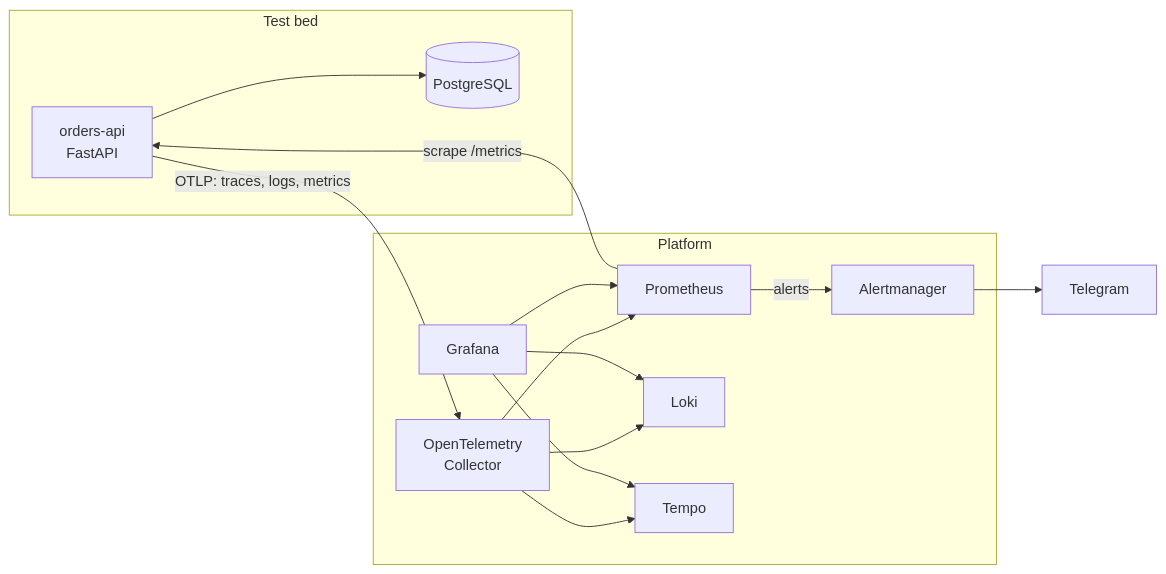
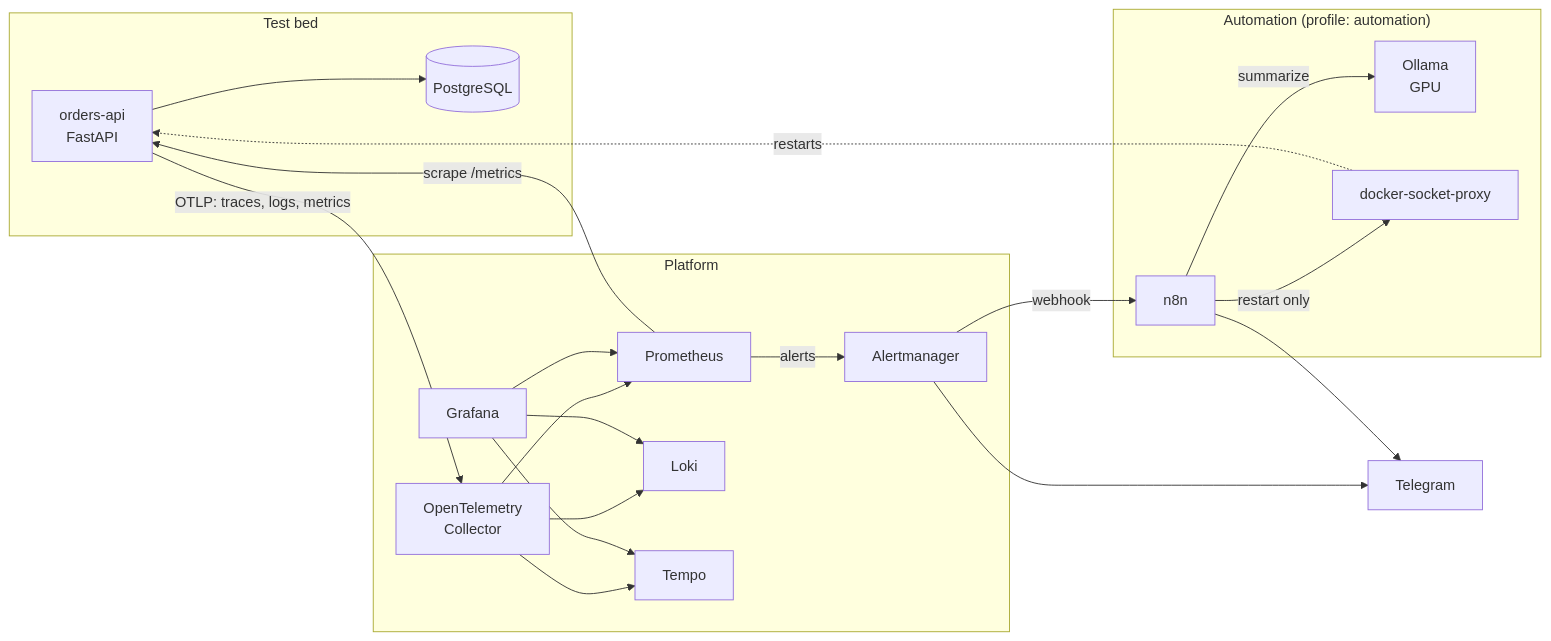
The first of 3 diagrams in docs/architecture.md (DBarrantes45/firebreak), drawn with Mermaid before and after one commit. The commit also changed other lines of this file and 11 other files, not shown here.

````diff
--- a/docs/architecture.md
+++ b/docs/architecture.md
@@ -15,27 +15,37 @@
 ```mermaid
 flowchart LR
     subgraph app["Test bed"]
         API["orders-api<br/>FastAPI"]
         DB[("PostgreSQL")]
         API --> DB
     end
     subgraph platform["Platform"]
         COL["OpenTelemetry<br/>Collector"]
         PROM["Prometheus"]
         LOKI["Loki"]
         TEMPO["Tempo"]
         GRAF["Grafana"]
         AM["Alertmanager"]
     end
     TG["Telegram"]
     API -- "OTLP: traces, logs, metrics" --> COL
     PROM -- "scrape /metrics" --> API
     COL --> TEMPO
     COL --> LOKI
     COL --> PROM
     GRAF --> PROM
     GRAF --> LOKI
     GRAF --> TEMPO
     PROM -- alerts --> AM
     AM --> TG
+    subgraph auto["Automation (profile: automation)"]
+        N8N["n8n"]
+        OLL["Ollama<br/>GPU"]
+        PX["docker-socket-proxy"]
+    end
+    AM -- webhook --> N8N
+    N8N -- summarize --> OLL
+    N8N --> TG
+    N8N -- "restart only" --> PX
+    PX -. restarts .-> API
 ```
````
